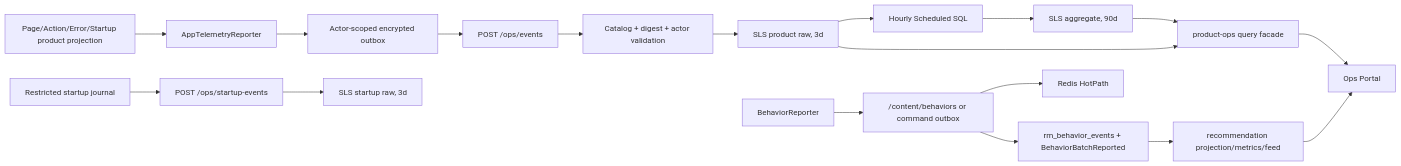
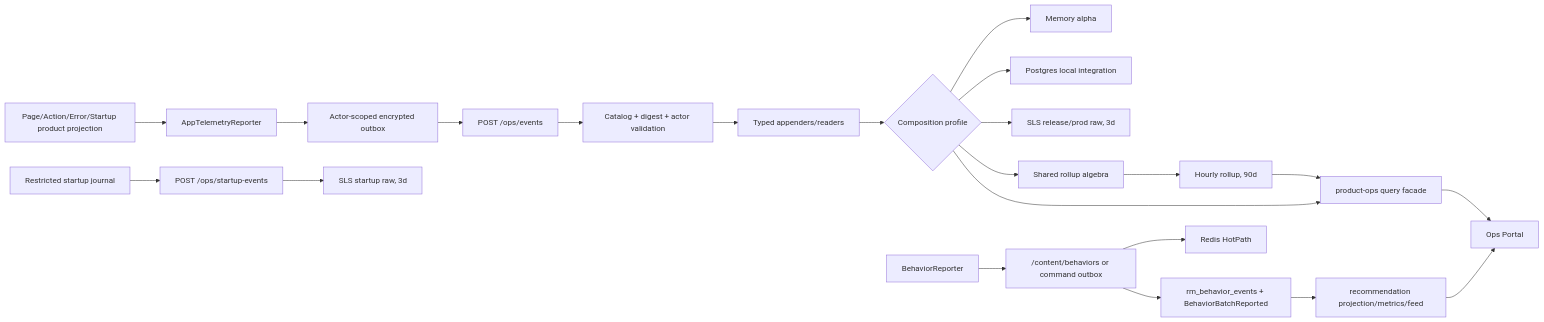
One commit to openstudio2022/quwoquan changed the diagram in specs/feature-tree/product-ops-growth/event-ingestion-and-analytics/design.md. Above: the diagram before and after it, drawn with Mermaid. The commit also changed other lines of this file and 8325 other files, not shown here.

````diff
--- a/specs/feature-tree/product-ops-growth/event-ingestion-and-analytics/design.md
+++ b/specs/feature-tree/product-ops-growth/event-ingestion-and-analytics/design.md
@@ -13,21 +18,25 @@
 ```mermaid
 flowchart LR
   Producers["Page/Action/Error/Startup product projection"] --> Reporter["AppTelemetryReporter"]
   Reporter --> Outbox["Actor-scoped encrypted outbox"]
   Outbox --> Ops["POST /ops/events"]
   Ops --> Validate["Catalog + digest + actor validation"]
-  Validate --> SLSRaw["SLS product raw, 3d"]
+  Validate --> Ports["Typed appenders/readers"]
+  Ports --> Profile{"Composition profile"}
+  Profile --> Mem["Memory alpha"]
+  Profile --> PG["Postgres local integration"]
+  Profile --> SLSRaw["SLS release/prod raw, 3d"]
   StartupJournal["Restricted startup journal"] --> StartupAPI["POST /ops/startup-events"]
   StartupAPI --> SLSStartup["SLS startup raw, 3d"]
-  SLSRaw --> SQL["Hourly Scheduled SQL"]
-  SQL --> SLSAgg["SLS aggregate, 90d"]
-  SLSRaw --> Facade["product-ops query facade"]
+  Profile --> Rollup["Shared rollup algebra"]
+  Rollup --> SLSAgg["Hourly rollup, 90d"]
+  Profile --> Facade["product-ops query facade"]
   SLSAgg --> Facade
   Facade --> Portal["Ops Portal"]
 
   Behavior["BehaviorReporter"] --> Content["/content/behaviors or command outbox"]
   Content --> Hot["Redis HotPath"]
   Content --> Projection["rm_behavior_events + BehaviorBatchReported"]
   Projection --> Rank["recommendation projection/metrics/feed"]
   Rank --> Portal
 ```
````
